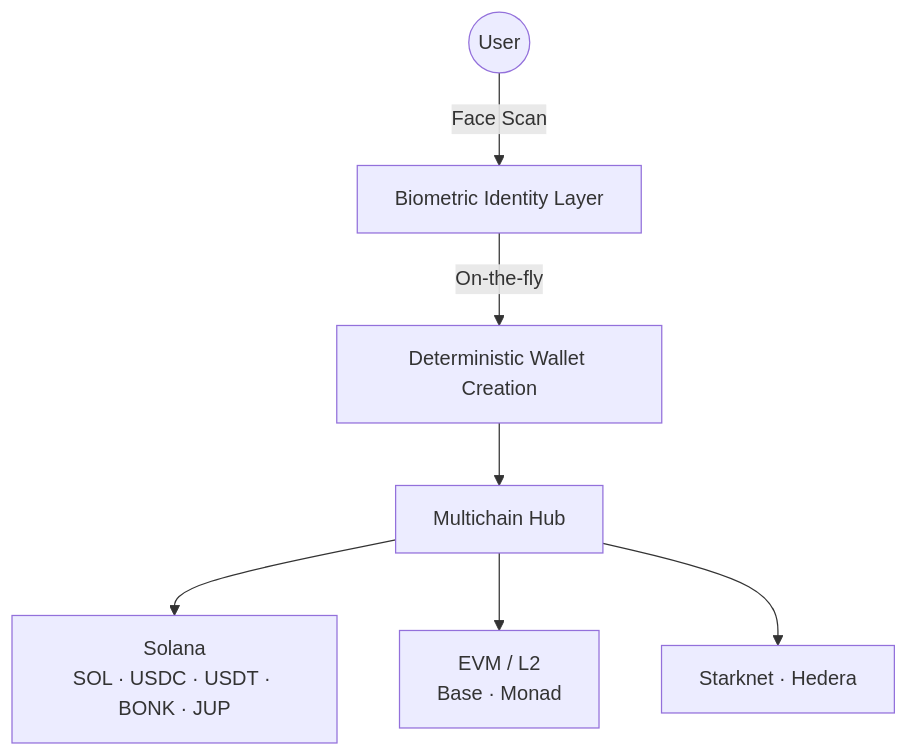
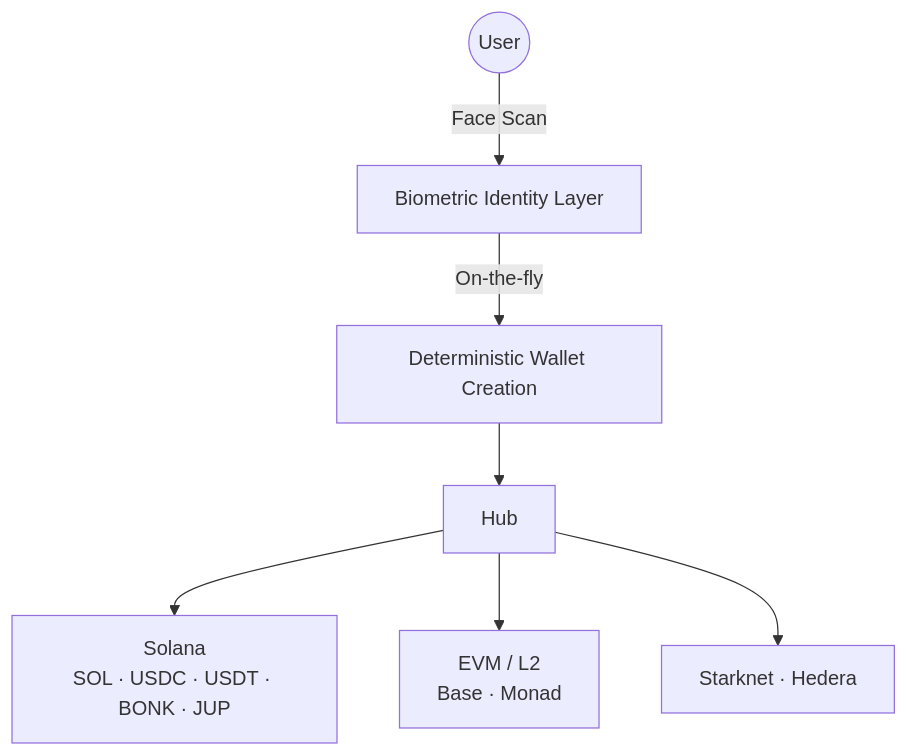
One commit to altaga/EffiSend-Solana changed the first of 8 diagrams in README.MD. Above: the diagram before and after it, drawn with Mermaid. The commit also changed other lines of this file, not shown here.

````diff
--- a/README.MD
+++ b/README.MD
@@ -38,10 +37,10 @@
 ```mermaid
 graph TD
     User((User)) -->|Face Scan| FaceID[Biometric Identity Layer]
     FaceID -->|On-the-fly| Onboard[Deterministic Wallet Creation]
-    Onboard --> Wallet[Multichain Hub]
+    Onboard --> Wallet[Hub]
     
     Wallet --> SOL[Solana<br/>SOL · USDC · USDT · BONK · JUP]
     Wallet --> EVM[EVM / L2<br/>Base · Monad]
     Wallet --> Others[Starknet · Hedera]
 ```
````
